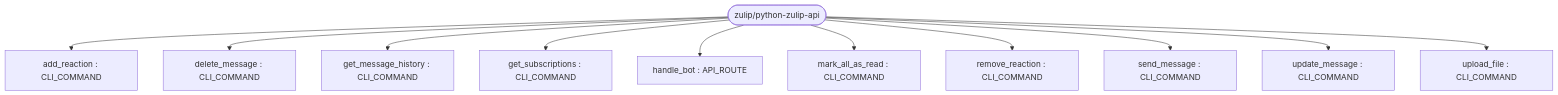
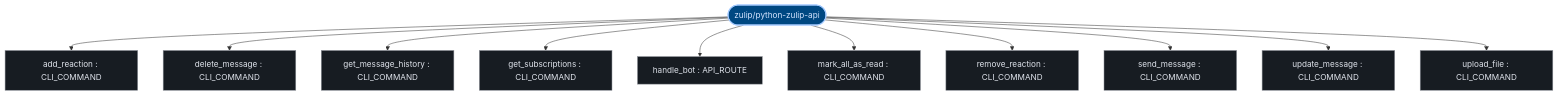
Before and after one commit to kumarshaz/atruss-code-atlas: the first of 3 diagrams in exports/latest/reports/zulip-python-zulip-api-report.md, drawn with Mermaid. The commit also changed other lines of this file and 331 other files, not shown here.

Commit message:
docs,ui,fix: update SDLC docs, reorder CI/CD DAG first, stylize Mermaid, and fix Arc42 pipeline topology

````diff
--- a/exports/latest/reports/zulip-python-zulip-api-report.md
+++ b/exports/latest/reports/zulip-python-zulip-api-report.md
@@ -42,24 +42,31 @@
 ```mermaid
 graph TD;
-    send_message["send_message : CLI_COMMAND"]
-    upload_file["upload_file : CLI_COMMAND"]
-    update_message["update_message : CLI_COMMAND"]
-    delete_message["delete_message : CLI_COMMAND"]
-    add_reaction["add_reaction : CLI_COMMAND"]
-    remove_reaction["remove_reaction : CLI_COMMAND"]
-    get_message_history["get_message_history : CLI_COMMAND"]
-    mark_all_as_read["mark_all_as_read : CLI_COMMAND"]
-    get_subscriptions["get_subscriptions : CLI_COMMAND"]
-    handle_bot["handle_bot : API_ROUTE"]
-    repo_root(["zulip/python-zulip-api"])
+  classDef atlasRoot fill:#004882,stroke:#a3c9ff,stroke-width:2px,color:#d3e4ff
+  classDef atlasCategory fill:#212428,stroke:#E87A48,stroke-width:1.5px,color:#dfe3eb
+  classDef atlasWorkflow fill:#1b2026,stroke:#a3c9ff,stroke-width:1.5px,color:#dfe3eb
+  classDef atlasJob fill:#171c22,stroke:#8d9199,stroke-width:1px,color:#dfe3eb
+  classDef atlasTarget fill:#005227,stroke:#8bd99b,stroke-width:1.5px,color:#a7f6b6
+  classDef atlasAlert fill:#93000a,stroke:#ffb4ab,stroke-width:1.5px,color:#ffdad6
+  classDef atlasMore fill:#252a31,stroke:#8d9199,stroke-dasharray:4 4,color:#c3c6cf
+    send_message["send_message : CLI_COMMAND"]:::atlasJob
+    upload_file["upload_file : CLI_COMMAND"]:::atlasJob
+    update_message["update_message : CLI_COMMAND"]:::atlasJob
+    delete_message["delete_message : CLI_COMMAND"]:::atlasJob
+    add_reaction["add_reaction : CLI_COMMAND"]:::atlasJob
+    remove_reaction["remove_reaction : CLI_COMMAND"]:::atlasJob
+    get_message_history["get_message_history : CLI_COMMAND"]:::atlasJob
+    mark_all_as_read["mark_all_as_read : CLI_COMMAND"]:::atlasJob
+    get_subscriptions["get_subscriptions : CLI_COMMAND"]:::atlasJob
+    handle_bot["handle_bot : API_ROUTE"]:::atlasJob
+    repo_root(["zulip/python-zulip-api"]):::atlasRoot
     repo_root --> add_reaction
     repo_root --> delete_message
     repo_root --> get_message_history
     repo_root --> get_subscriptions
     repo_root --> handle_bot
     repo_root --> mark_all_as_read
     repo_root --> remove_reaction
     repo_root --> send_message
     repo_root --> update_message
     repo_root --> upload_file
 ```
````
